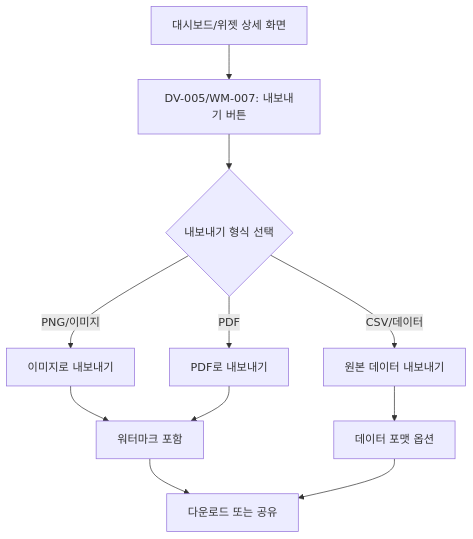
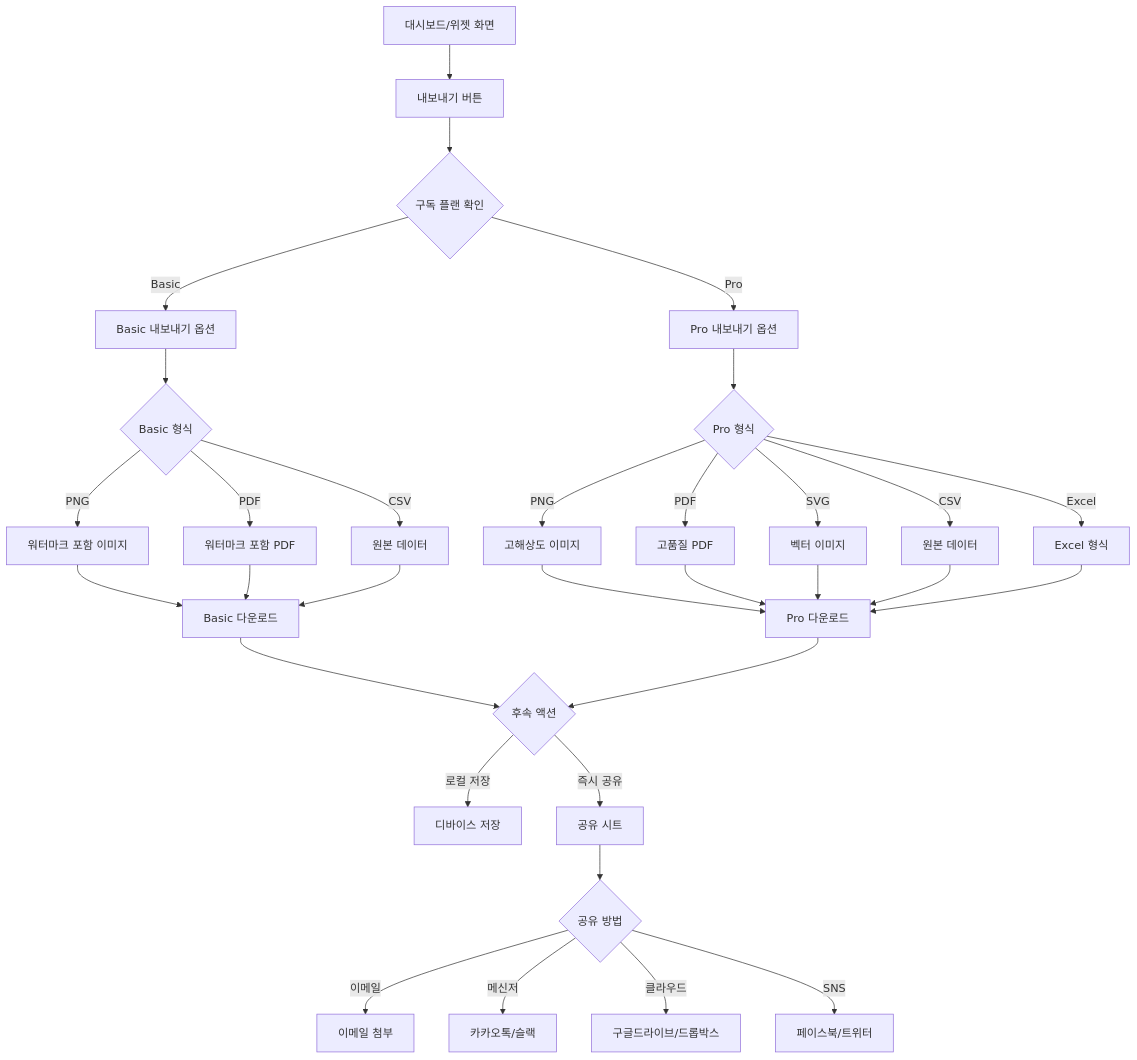
The ninth of 14 diagrams in ui-design/user-flows.md (Seungwoo321/etorch-docs), drawn with Mermaid before and after one commit. The commit also changed other lines of this file, not shown here.

````diff
--- a/ui-design/user-flows.md
+++ b/ui-design/user-flows.md
@@ -602,15 +401,42 @@
 ```mermaid
 flowchart TD
-    A[대시보드/위젯 상세 화면] --> B[DV-005/WM-007: 내보내기 버튼]
-    B --> C{내보내기 형식 선택}
-    C -->|PNG/이미지| D[이미지로 내보내기]
-    C -->|PDF| E[PDF로 내보내기]
-    C -->|CSV/데이터| F[원본 데이터 내보내기]
+    A[대시보드/위젯 화면] --> B[내보내기 버튼]
+    B --> C{구독 플랜 확인}
     
-    D --> G[워터마크 포함]
-    E --> G
-    F --> H[데이터 포맷 옵션]
+    C -->|Basic| D[Basic 내보내기 옵션]
+    C -->|Pro| E[Pro 내보내기 옵션]
     
-    G --> I[다운로드 또는 공유]
-    H --> I
+    D --> F{Basic 형식}
+    F -->|PNG| G1[워터마크 포함 이미지]
+    F -->|PDF| G2[워터마크 포함 PDF]
+    F -->|CSV| G3[원본 데이터]
+    
+    E --> H{Pro 형식}
+    H -->|PNG| I1[고해상도 이미지]
+    H -->|PDF| I2[고품질 PDF]
+    H -->|SVG| I3[벡터 이미지]
+    H -->|CSV| I4[원본 데이터]
+    H -->|Excel| I5[Excel 형식]
+    
+    G1 --> J[Basic 다운로드]
+    G2 --> J
+    G3 --> J
+    
+    I1 --> K[Pro 다운로드]
+    I2 --> K
+    I3 --> K
+    I4 --> K
+    I5 --> K
+    
+    J --> L{후속 액션}
+    K --> L
+    
+    L -->|로컬 저장| M[디바이스 저장]
+    L -->|즉시 공유| N[공유 시트]
+    
+    N --> O{공유 방법}
+    O -->|이메일| P1[이메일 첨부]
+    O -->|메신저| P2[카카오톡/슬랙]
+    O -->|클라우드| P3[구글드라이브/드롭박스]
+    O -->|SNS| P4[페이스북/트위터]
 ```
````
